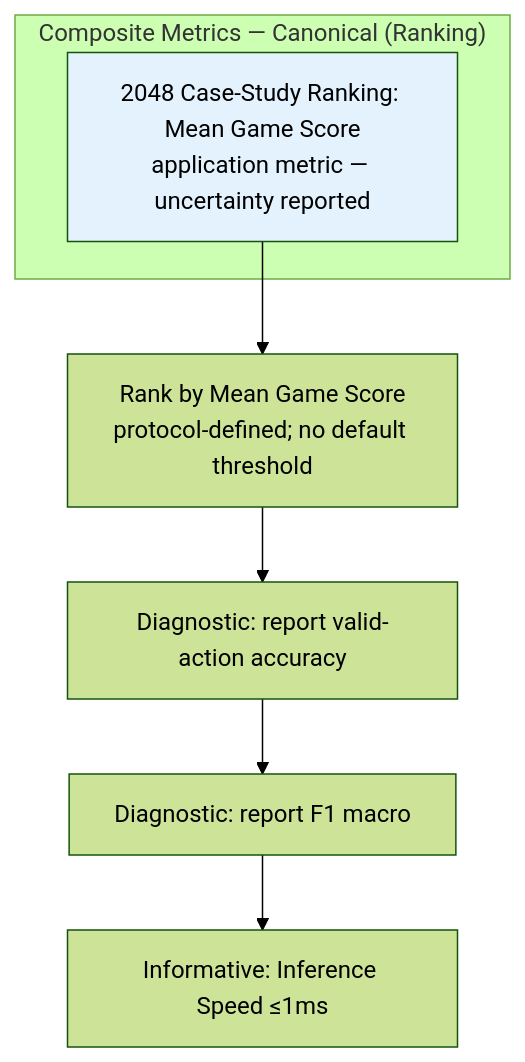
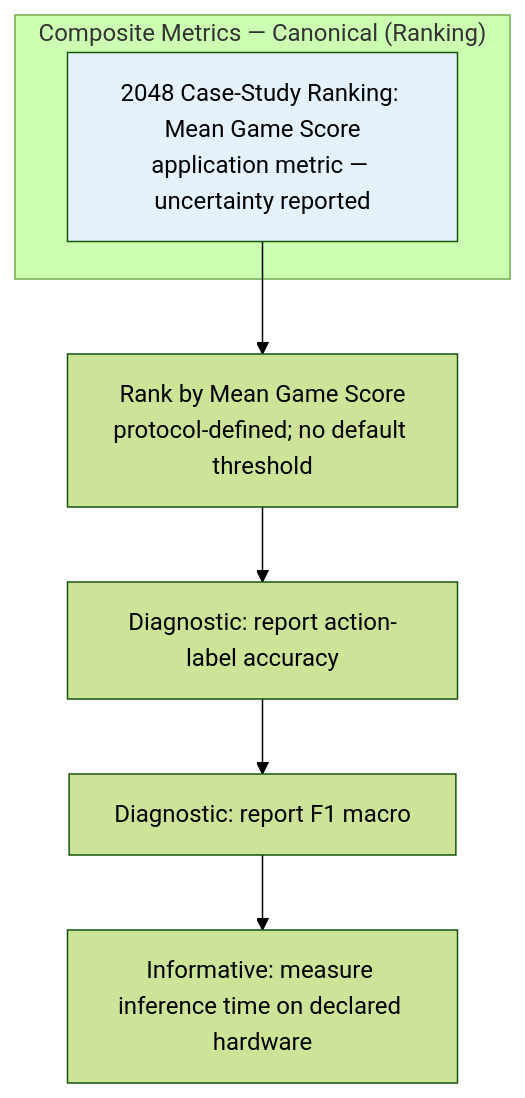
Before and after one commit to Evintkoo/2048-ml: the sixth of 8 diagrams in plans/05-Model/04-Evaluation/03-metrics.md, drawn with Mermaid (forest theme). The commit also changed other lines of this file and 67 other files, not shown here.

````diff
--- a/plans/05-Model/04-Evaluation/03-metrics.md
+++ b/plans/05-Model/04-Evaluation/03-metrics.md
@@ -119,13 +122,13 @@
 ```mermaid
 flowchart TD
     subgraph "Composite Metrics — Canonical (Ranking)"
         ModelPerf[2048 Case-Study Ranking: Mean Game Score<br/>application metric — uncertainty reported]
     end
     
     ModelPerf --> Rank[Rank by Mean Game Score<br/>protocol-defined; no default threshold]
-    Rank --> Gate1[Diagnostic: report valid-action accuracy]
+    Rank --> Gate1[Diagnostic: report action-label accuracy]
     Gate1 --> Gate2[Diagnostic: report F1 macro]
-    Gate2 --> SpeedW[Informative: Inference Speed ≤1ms]
+    Gate2 --> SpeedW[Informative: measure inference time on declared hardware]
     
     style ModelPerf fill:#e3f2fd
 ```
````
